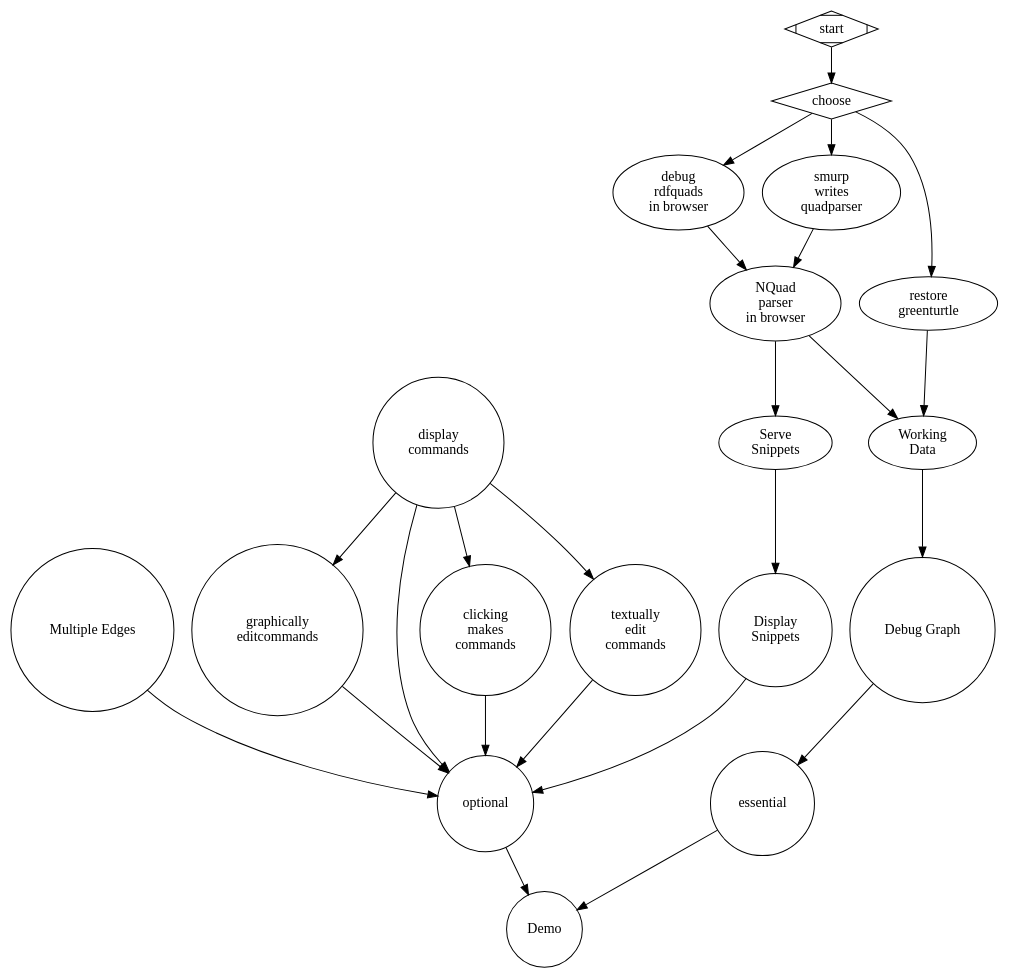
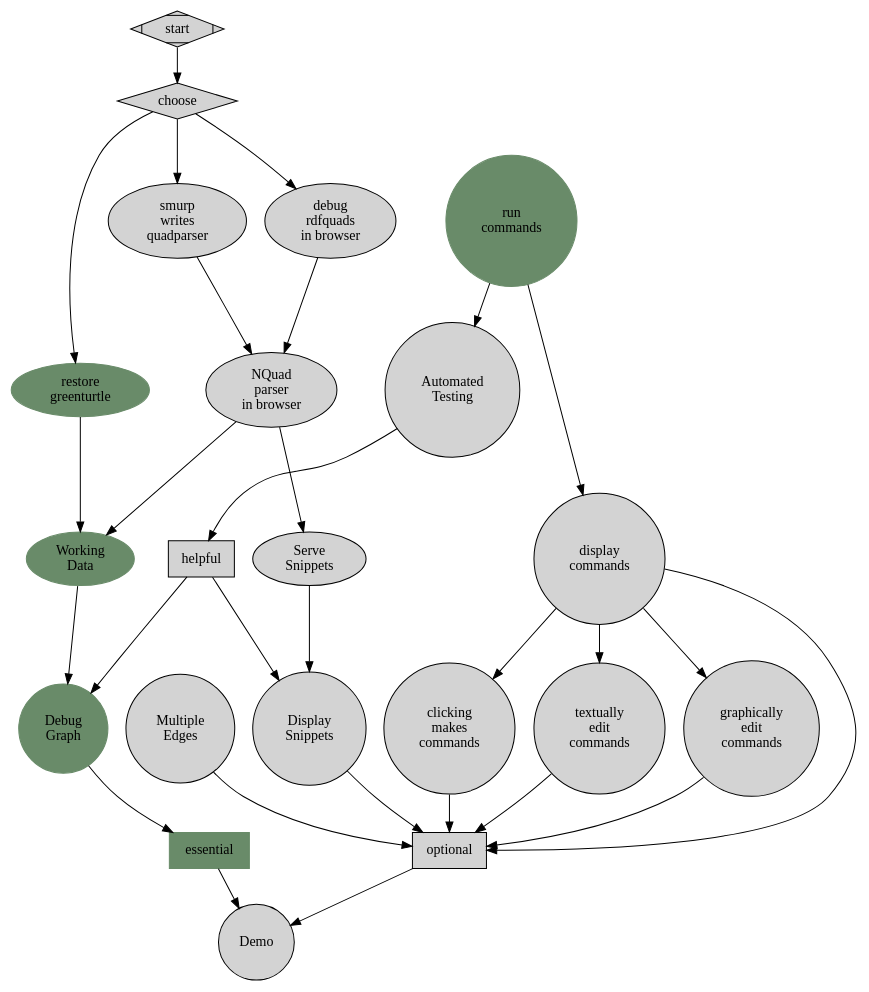
Before and after one commit to smurp/huviz: the diagram in docs/dependencies.dot, drawn with Graphviz. The commit also changed 5 other files, not shown here.

Commit message:
add graphcommandlanguage WIP: still making links to discards

```diff
--- a/docs/dependencies.dot
+++ b/docs/dependencies.dot
@@ -1,77 +1,88 @@
 /*
 
    dot -T pdf -o dependencies.pdf dependencies.dot
    dot -T svg -o dependencies.svg dependencies.dot 
 
    See:
      http://www.graphviz.org/content/cluster
 
    NODE_A   enables   NODE_B;
    serve      ->      display;
 */
 
 digraph huviz_plan {
+	node [ style = filled ];
 	randkdir=LR;
 
 	subgraph qp {
 		 color=lightgrey;
 		 style=filled;
 		 label="NQuad parser";
 		 rdfquads;
 		 smurpquads;
 		 greenturtle;
 	}
 
         rdfquads[label="debug\nrdfquads\nin browser"];
 	smurpquads[label="smurp\nwrites\nquadparser"];
 
 	smurpquads -> quadpars;
 	rdfquads -> quadpars;
 	quadpars[label="NQuad\nparser\nin browser"];
-	greenturtle[label="restore\ngreenturtle"];
+	greenturtle[label="restore\ngreenturtle",color=darkseagreen4];
 	greenturtle -> workdata;
 	
-	workdata[label="Working\nData"];
+	workdata[label="Working\nData",color=darkseagreen4];
 	start[shape=Mdiamond];
 	pickpath[label="choose",shape=diamond];
 	start -> pickpath;
 	pickpath -> smurpquads;
 	pickpath -> rdfquads;
 	pickpath -> greenturtle;
 	quadpars -> workdata;
 
 	quadpars -> servsnip;
 
 	node [shape = circle];
-	dg[label="Debug Graph"];
-
+	dg[label="Debug\nGraph",color=darkseagreen4];
+        testing[label="Automated\nTesting"];
+        essential[color=darkseagreen4,shape=rect];
+	helpful[shape=rect];
+	optional[shape=rect];
 	essential -> Demo;
 	optional -> Demo;
 	dispsnip -> optional;
 	
 	workdata -> dg;
 
 	servsnip -> dispsnip;
 	
 	dispsnip[label="Display\nSnippets"];
     	servsnip[label="Serve\nSnippets"];
-	me[label="Multiple Edges"];
+	me[label="Multiple\nEdges"];
 	dg -> essential;
 	me -> optional;
+	runcom[label="run\ncommands",color=darkseagreen4];
+	runcom -> dispcom;
+        runcom -> testing;
+        testing -> helpful;
+	helpful -> dispsnip;
+        helpful -> dg;
+
 	dispcom[label="display\ncommands"];
 
 	clkcom[label="clicking\nmakes\ncommands"];
 	dispcom -> clkcom;
 
 	txtedcom[label="textually\nedit\ncommands"];
         dispcom -> txtedcom;
 
-	gredcom[label="graphically\nedit\commands"];
+	gredcom[label="graphically\nedit\ncommands"];
 	dispcom -> gredcom;
 
 	dispcom -> optional;
 	txtedcom -> optional;
 	gredcom -> optional;
 	clkcom -> optional;
 
 }
```
